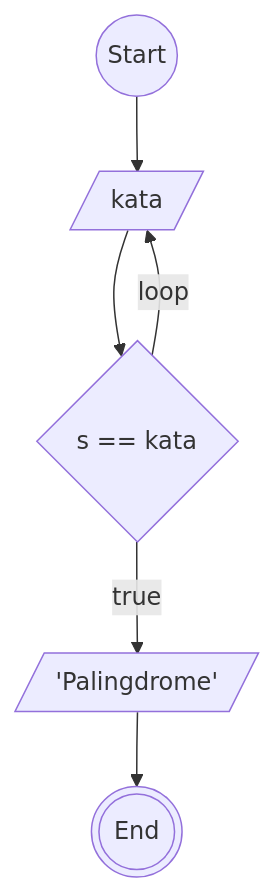
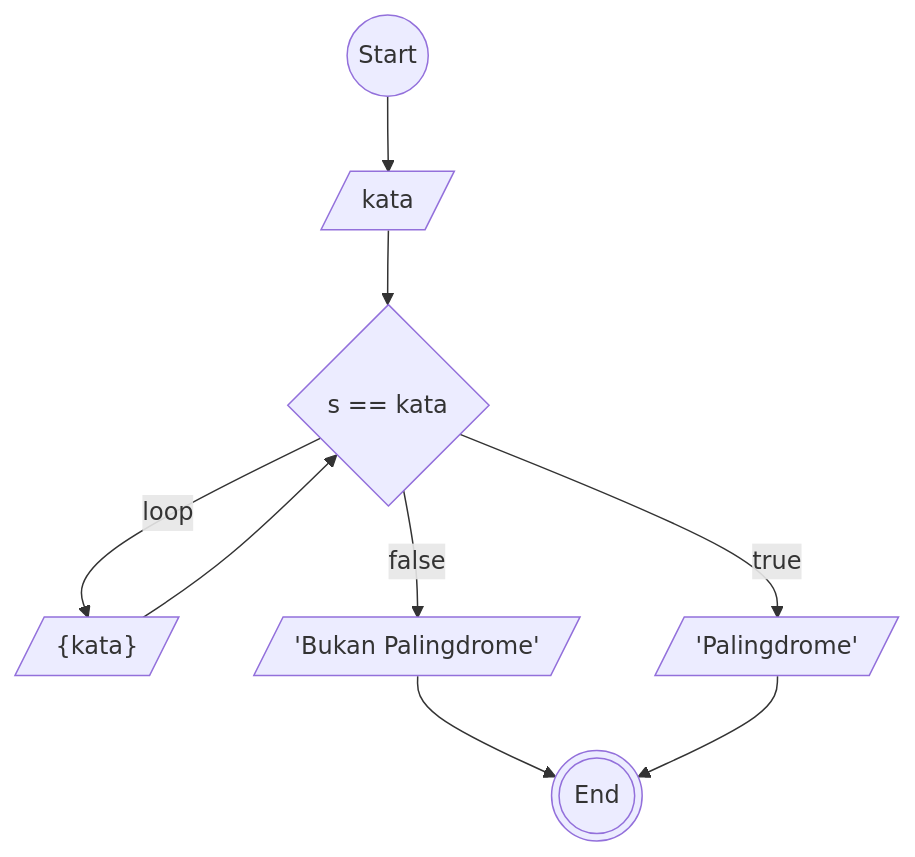
One commit to fatawaimamalmuftin/koda-b8-Algoritma changed the diagram in readme.md. Above: the diagram before and after it, drawn with Mermaid. The commit also changed other lines of this file, not shown here.

Commit message:
Algoritma Palindrome

````diff
--- a/readme.md
+++ b/readme.md
@@ -14,13 +14,16 @@
 ```mermaid
 flowchart TD
 
 mulai@{ shape: circle, label: "Start"}
 huruf@{ shape: lean-r, label: "kata"}
+huruf2@{ shape: lean-r, label: "{kata}"}
 i@{ shape: diamond, label: "s == kata"}
 s@{ shape: lean-r, label: "'Palingdrome'"}
+s2@{ shape: lean-r, label: "'Bukan Palingdrome'"}
 selesai@{ shape: doublecircle, label: "End"}
 
 mulai-->huruf-->i
-i--loop-->huruf
+i--loop-->huruf2-->
+i--false-->s2-->selesai
 i--true-->s-->selesai
 ```
````
